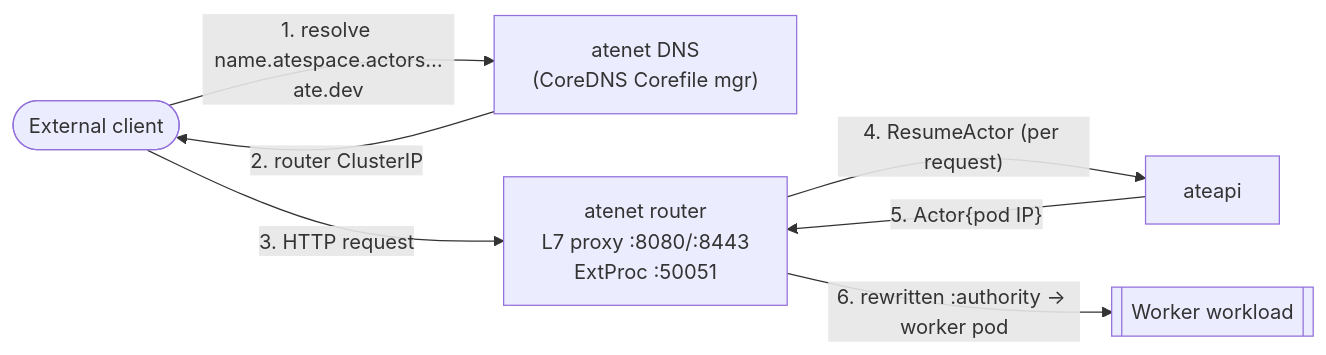
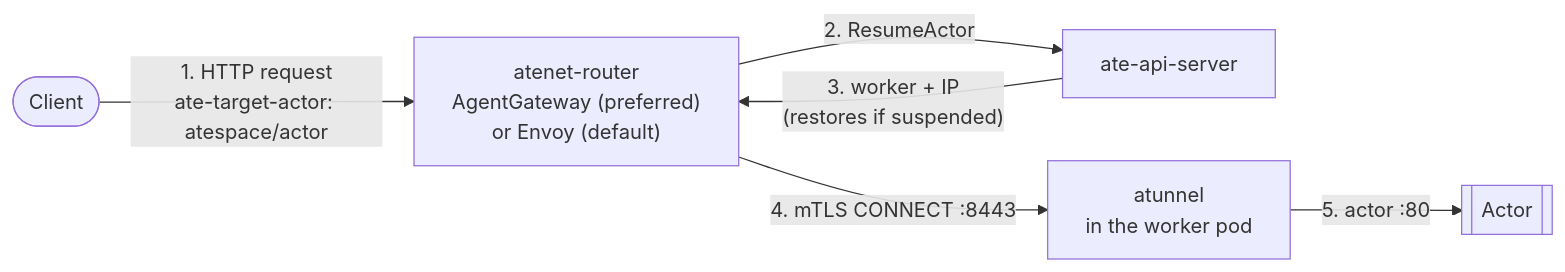
One commit to christian-posta/substrate changed the third of 3 diagrams in atlas/src/content/docs/topology.mdx. Above: the diagram before and after it, drawn with Mermaid. The commit also changed other lines of this file and 34 other files, not shown here.

````diff
--- a/atlas/src/content/docs/topology.mdx
+++ b/atlas/src/content/docs/topology.mdx
@@ -88,20 +115,19 @@
 ```mermaid
 flowchart LR
-  Client([External client])
-  DNS["atenet DNS<br/>(CoreDNS Corefile mgr)"]
-  ROUTER["atenet router<br/>L7 proxy :8080/:8443<br/>ExtProc :50051"]
-  ATEAPI["ateapi"]
-  WORKLOAD[["Worker workload"]]
+  Client([Client])
+  ROUTER["atenet-router<br/>AgentGateway (preferred)<br/>or Envoy (default)"]
+  ATEAPI["ate-api-server"]
+  TUN["atunnel<br/>in the worker pod"]
+  ACTOR[["Actor"]]
 
-  Client -- "1. resolve name.atespace.actors…ate.dev" --> DNS
-  DNS -- "2. router ClusterIP" --> Client
-  Client -- "3. HTTP request" --> ROUTER
-  ROUTER -- "4. ResumeActor (per request)" --> ATEAPI
-  ATEAPI -- "5. Actor{pod IP}" --> ROUTER
-  ROUTER -- "6. rewritten :authority → worker pod" --> WORKLOAD
+  Client -- "1. HTTP request<br/>ate-target-actor: atespace/actor" --> ROUTER
+  ROUTER -- "2. ResumeActor" --> ATEAPI
+  ATEAPI -- "3. worker + IP<br/>(restores if suspended)" --> ROUTER
+  ROUTER -- "4. mTLS CONNECT :8443" --> TUN
+  TUN -- "5. actor :80" --> ACTOR
 
-  click DNS "/components/atenet/" "atenet DNS"
-  click ROUTER "/components/atenet/" "atenet router"
+  click ROUTER "/components/atenet/" "atenet"
   click ATEAPI "/components/ateapi/" "ateapi"
-  click WORKLOAD "/components/workers/" "Workers"
+  click TUN "/components/workers/" "Workers"
+  click ACTOR "/concepts/actor/" "Actor"
 ```
````
